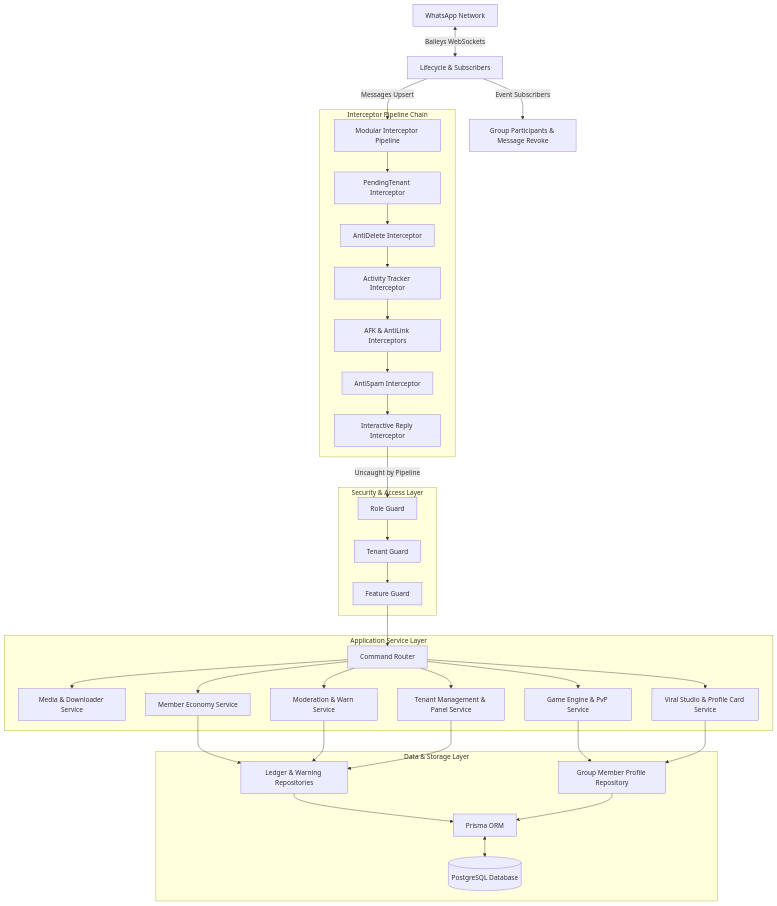
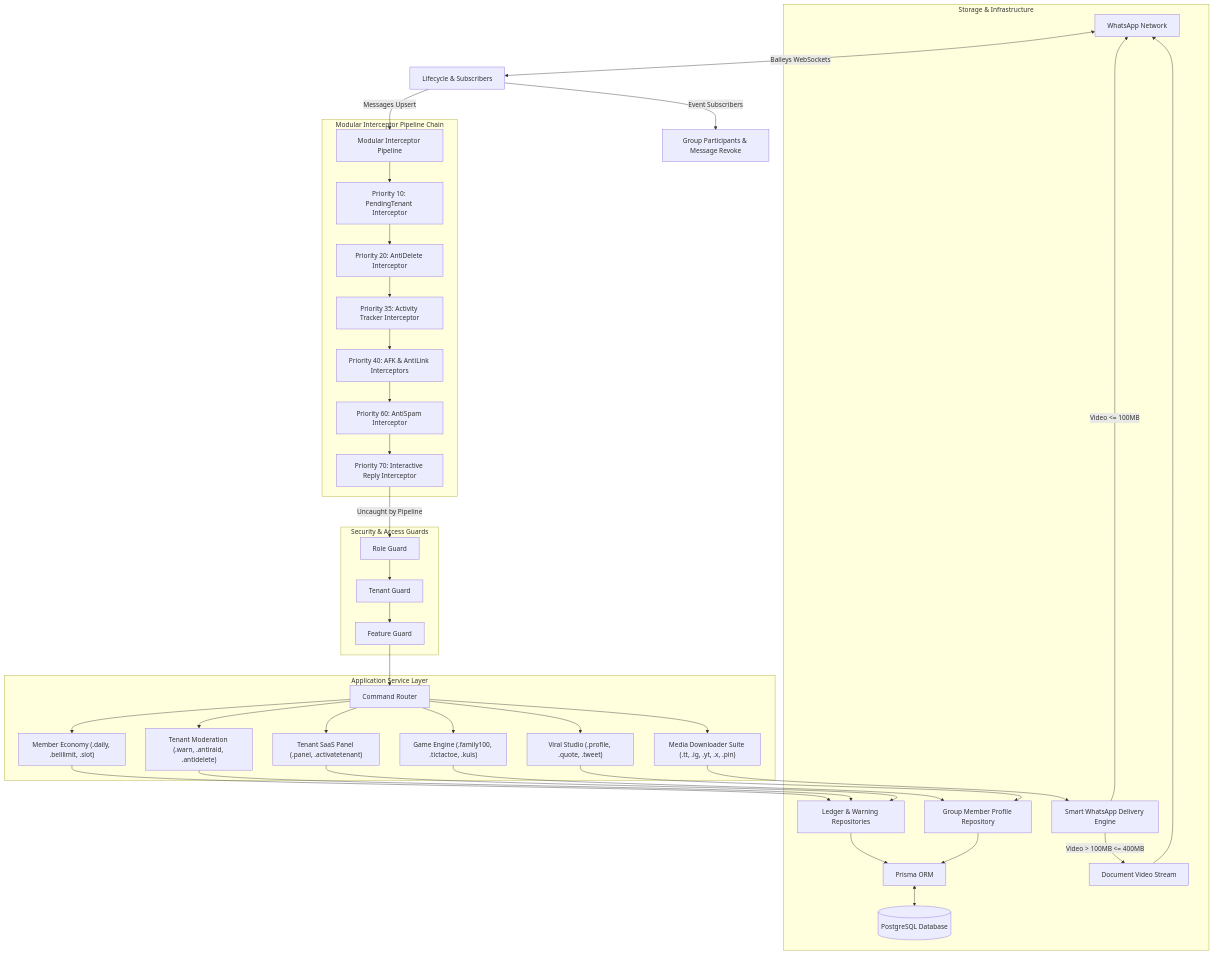
One commit to AnthonyWisnu/MinjiBot changed the diagram in README.md. Above: the diagram before and after it, drawn with Mermaid. The commit also changed other lines of this file and 2 other files, not shown here.

Commit message:
feat(media): add X (Twitter) multi-media & mixed-media support and overhaul README.md

````diff
--- a/README.md
+++ b/README.md
@@ -100,38 +96,42 @@
 ```mermaid
 flowchart TD
     WA[WhatsApp Network] <--> |Baileys WebSockets| BL[Lifecycle & Subscribers]
     BL --> |Event Subscribers| ES[Group Participants & Message Revoke]
     BL --> |Messages Upsert| MIP[Modular Interceptor Pipeline]
 
-    subgraph Interceptor Pipeline Chain
-        MIP --> IP1[PendingTenant Interceptor]
-        IP1 --> IP2[AntiDelete Interceptor]
-        IP2 --> IP3[Activity Tracker Interceptor]
-        IP3 --> IP4[AFK & AntiLink Interceptors]
-        IP4 --> IP5[AntiSpam Interceptor]
-        IP5 --> IP6[Interactive Reply Interceptor]
+    subgraph Modular Interceptor Pipeline Chain
+        MIP --> IP1["Priority 10: PendingTenant Interceptor"]
+        IP1 --> IP2["Priority 20: AntiDelete Interceptor"]
+        IP2 --> IP3["Priority 35: Activity Tracker Interceptor"]
+        IP3 --> IP4["Priority 40: AFK & AntiLink Interceptors"]
+        IP4 --> IP5["Priority 60: AntiSpam Interceptor"]
+        IP5 --> IP6["Priority 70: Interactive Reply Interceptor"]
     end
 
-    subgraph Security & Access Layer
+    subgraph Security & Access Guards
         IP6 --> |Uncaught by Pipeline| RG[Role Guard]
         RG --> TG[Tenant Guard]
         TG --> FG[Feature Guard]
     end
 
     subgraph Application Service Layer
         FG --> CR[Command Router]
-        CR --> DS[Media & Downloader Service]
-        CR --> VS[Viral Studio & Profile Card Service]
-        CR --> MS[Moderation & Warn Service]
-        CR --> ESV[Member Economy Service]
-        CR --> GS[Game Engine & PvP Service]
-        CR --> TS[Tenant Management & Panel Service]
+        CR --> DS["Media Downloader Suite (.tt, .ig, .yt, .x, .pin)"]
+        CR --> VS["Viral Studio (.profile, .quote, .tweet)"]
+        CR --> MS["Tenant Moderation (.warn, .antiraid, .antidelete)"]
+        CR --> ESV["Member Economy (.daily, .belilimit, .slot)"]
+        CR --> GS["Game Engine (.family100, .tictactoe, .kuis)"]
+        CR --> TS["Tenant SaaS Panel (.panel, .activatetenant)"]
     end
 
-    subgraph Data & Storage Layer
+    subgraph Storage & Infrastructure
         ESV & MS & TS --> RL[Ledger & Warning Repositories]
         GS & VS --> GP[Group Member Profile Repository]
         RL & GP --> PR[Prisma ORM]
         PR <--> PG[(PostgreSQL Database)]
+        DS --> SMW[Smart WhatsApp Delivery Engine]
+        SMW -->|Video <= 100MB| WA
+        SMW -->|Video > 100MB <= 400MB| Doc[Document Video Stream]
+        Doc --> WA
     end
 ```
````
